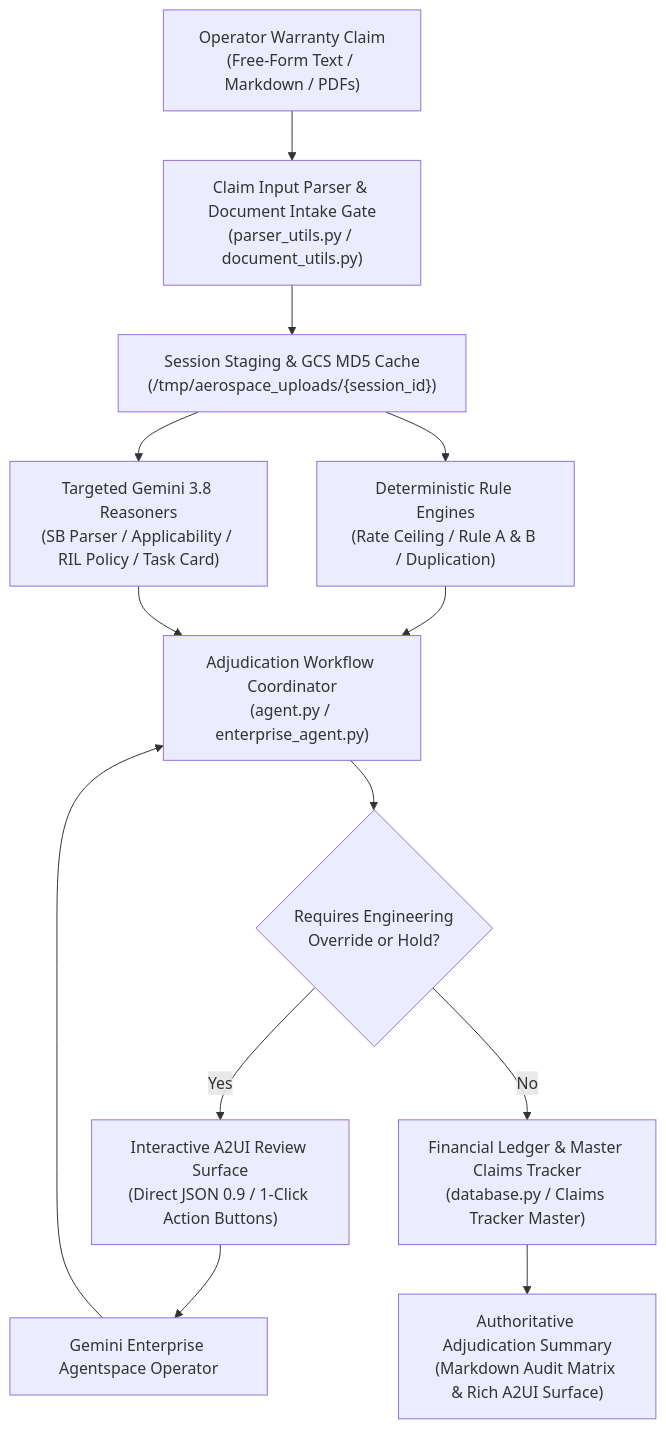
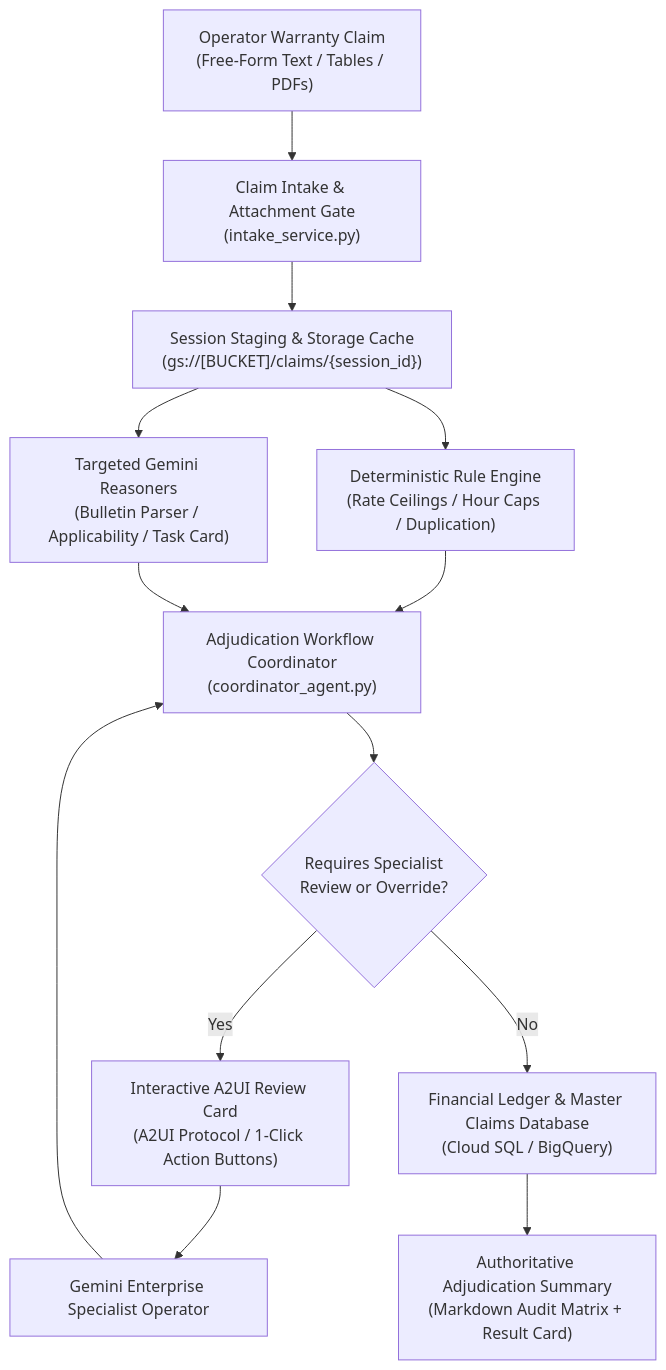
The first of 2 diagrams in examples/aircraft-aerospace-agents/AEROSPACE_WARRANTY_ADJUDICATION_BLUEPRINT.md (julius-dev-google/ce-enterprise-blueprint-docs), drawn with Mermaid before and after one commit. The commit also changed other lines of this file and 9 other files, not shown here.

````diff
--- a/examples/aircraft-aerospace-agents/AEROSPACE_WARRANTY_ADJUDICATION_BLUEPRINT.md
+++ b/examples/aircraft-aerospace-agents/AEROSPACE_WARRANTY_ADJUDICATION_BLUEPRINT.md
@@ -47,15 +51,15 @@
 ```mermaid
 graph TD
-    A["Operator Warranty Claim<br>(Free-Form Text / Markdown / PDFs)"] --> B["Claim Input Parser & Document Intake Gate<br>(parser_utils.py / document_utils.py)"]
-    B --> C["Session Staging & GCS MD5 Cache<br>(/tmp/aerospace_uploads/{session_id})"]
-    C --> D["Deterministic Rule Engines<br>(Rate Ceiling / Rule A & B / Duplication)"]
-    C --> E["Targeted Gemini 3.8 Reasoners<br>(SB Parser / Applicability / RIL Policy / Task Card)"]
-    D --> F["Adjudication Workflow Coordinator<br>(agent.py / enterprise_agent.py)"]
+    A["Operator Warranty Claim<br>(Free-Form Text / Tables / PDFs)"] --> B["Claim Intake & Attachment Gate<br>(intake_service.py)"]
+    B --> C["Session Staging & Storage Cache<br>(gs://[BUCKET]/claims/{session_id})"]
+    C --> D["Deterministic Rule Engine<br>(Rate Ceilings / Hour Caps / Duplication)"]
+    C --> E["Targeted Gemini Reasoners<br>(Bulletin Parser / Applicability / Task Card)"]
+    D --> F["Adjudication Workflow Coordinator<br>(coordinator_agent.py)"]
     E --> F
-    F --> G{"Requires Engineering<br>Override or Hold?"}
-    G -- "Yes" --> H["Interactive A2UI Review Surface<br>(Direct JSON 0.9 / 1-Click Action Buttons)"]
-    H --> I["Gemini Enterprise Agentspace Operator"]
+    F --> G{"Requires Specialist<br>Review or Override?"}
+    G -- "Yes" --> H["Interactive A2UI Review Card<br>(A2UI Protocol / 1-Click Action Buttons)"]
+    H --> I["Gemini Enterprise Specialist Operator"]
     I --> F
-    G -- "No" --> J["Financial Ledger & Master Claims Tracker<br>(database.py / Claims Tracker Master)"]
-    J --> K["Authoritative Adjudication Summary<br>(Markdown Audit Matrix & Rich A2UI Surface)"]
+    G -- "No" --> J["Financial Ledger & Master Claims Database<br>(Cloud SQL / BigQuery)"]
+    J --> K["Authoritative Adjudication Summary<br>(Markdown Audit Matrix + Result Card)"]
 ```
````
